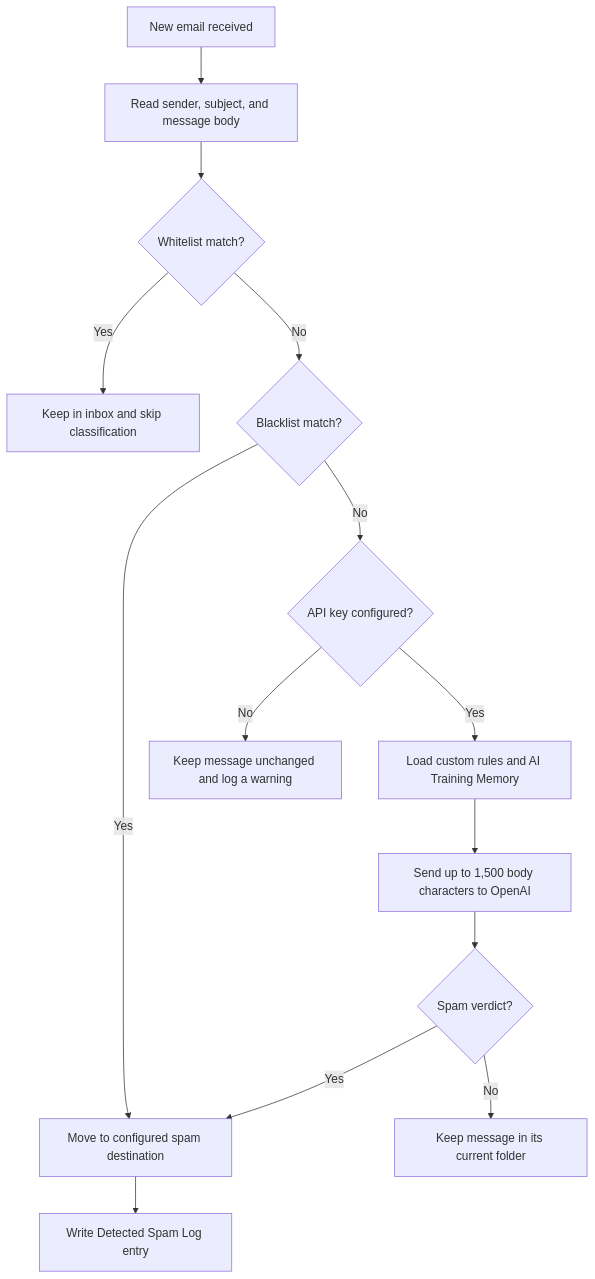
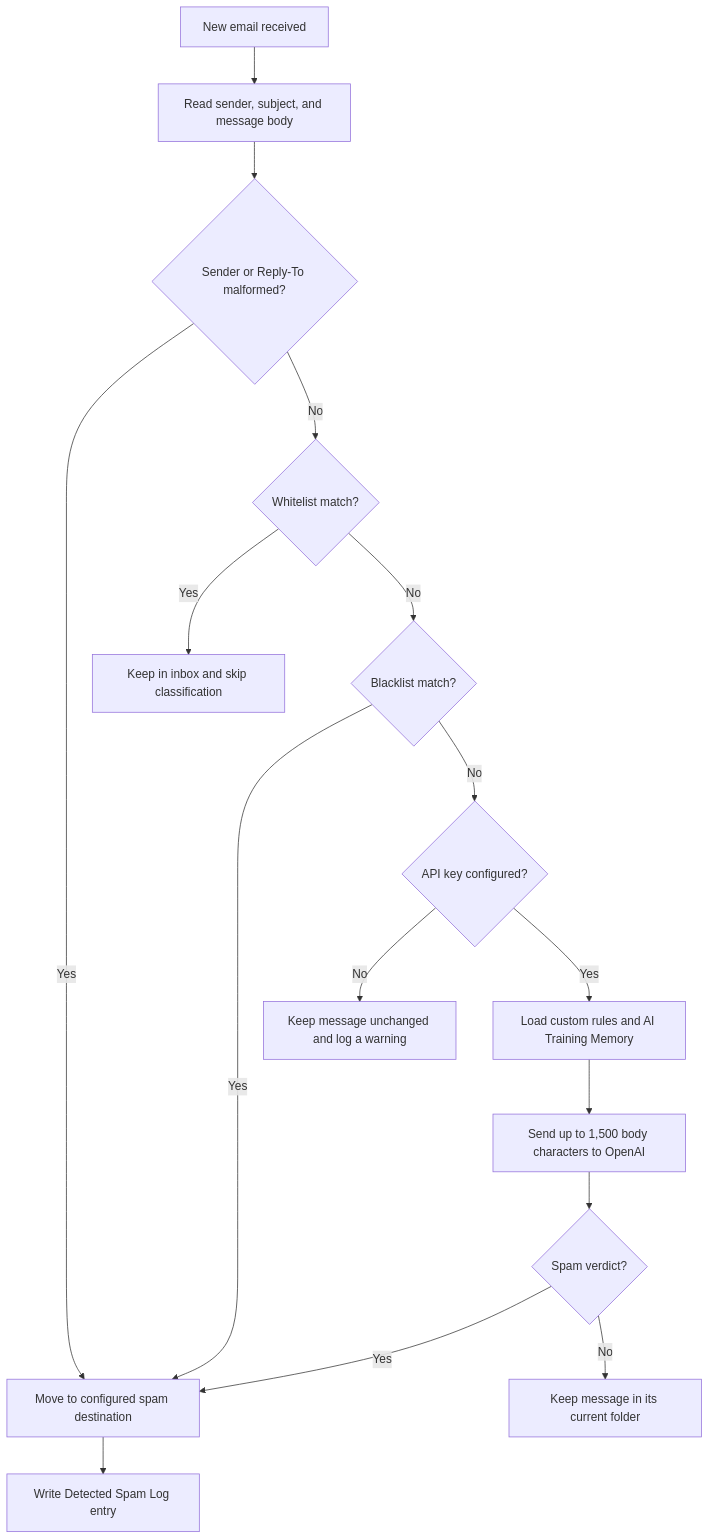
The diagram in README.md (BlastFM/ThunderbirdPersonalSpamFilter), drawn with Mermaid before and after one commit. The commit also changed other lines of this file and 6 other files, not shown here.

````diff
--- a/README.md
+++ b/README.md
@@ -221,16 +221,18 @@
 ```mermaid
 graph TD
     A[New email received] --> B[Read sender, subject, and message body]
-    B --> C{Whitelist match?}
+    B --> N{Sender or Reply-To malformed?}
+    N -- Yes --> F[Move to configured spam destination]
+    N -- No --> C{Whitelist match?}
     C -- Yes --> D[Keep in inbox and skip classification]
     C -- No --> E{Blacklist match?}
     E -- Yes --> F[Move to configured spam destination]
     F --> G[Write Detected Spam Log entry]
     E -- No --> H{API key configured?}
     H -- No --> I[Keep message unchanged and log a warning]
     H -- Yes --> J[Load custom rules and AI Training Memory]
     J --> K[Send up to 1,500 body characters to OpenAI]
     K --> L{Spam verdict?}
     L -- Yes --> F
     L -- No --> M[Keep message in its current folder]
 ```
````
